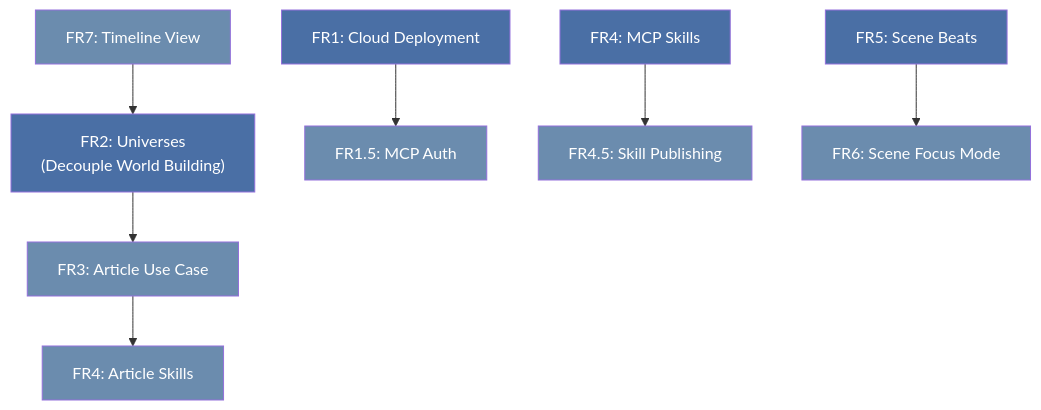
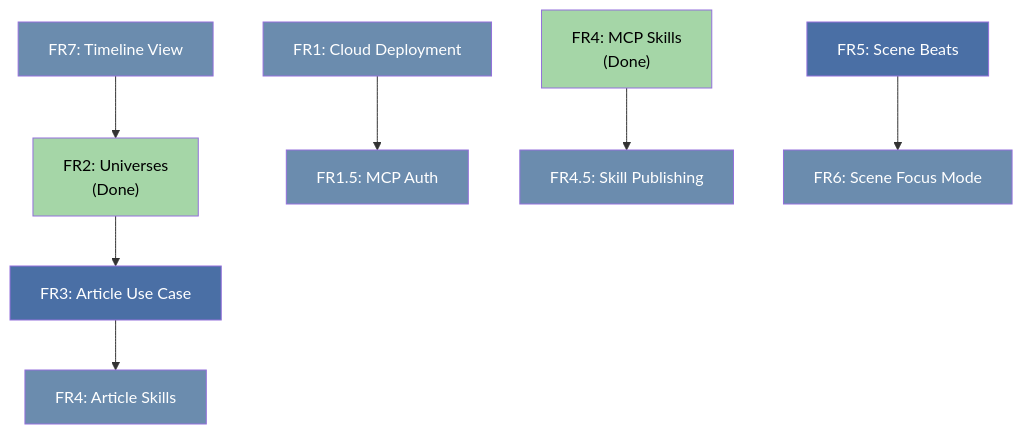
The diagram in docs/FUTURE_REQUIREMENTS.md (alexsiri7/word-coach-annie), drawn with Mermaid before and after one commit. The commit also changed other lines of this file and 13 other files, not shown here.

````diff
--- a/docs/FUTURE_REQUIREMENTS.md
+++ b/docs/FUTURE_REQUIREMENTS.md
@@ -501,20 +313,20 @@
 ```mermaid
 graph TD
-    FR2["FR2: Universes<br/>(Decouple World Building)"] --> FR3["FR3: Article Use Case"]
+    FR2["FR2: Universes<br/>(Done)"] --> FR3["FR3: Article Use Case"]
     FR1["FR1: Cloud Deployment"] --> FR1_MCP["FR1.5: MCP Auth"]
-    FR4["FR4: MCP Skills"] --> FR4_PUB["FR4.5: Skill Publishing"]
+    FR4["FR4: MCP Skills<br/>(Done)"] --> FR4_PUB["FR4.5: Skill Publishing"]
     FR3 --> FR4_ARTICLE["FR4: Article Skills"]
     FR5["FR5: Scene Beats"] --> FR6["FR6: Scene Focus Mode"]
     FR7["FR7: Timeline View"] --> FR2
 
-    style FR2 fill:#4a6fa5,color:#fff
-    style FR1 fill:#4a6fa5,color:#fff
-    style FR4 fill:#4a6fa5,color:#fff
+    style FR2 fill:#a5d6a7,color:#000
+    style FR4 fill:#a5d6a7,color:#000
     style FR5 fill:#4a6fa5,color:#fff
-    style FR3 fill:#6b8cae,color:#fff
+    style FR3 fill:#4a6fa5,color:#fff
+    style FR1 fill:#6b8cae,color:#fff
     style FR1_MCP fill:#6b8cae,color:#fff
     style FR4_PUB fill:#6b8cae,color:#fff
     style FR4_ARTICLE fill:#6b8cae,color:#fff
     style FR6 fill:#6b8cae,color:#fff
     style FR7 fill:#6b8cae,color:#fff
 ```
````
